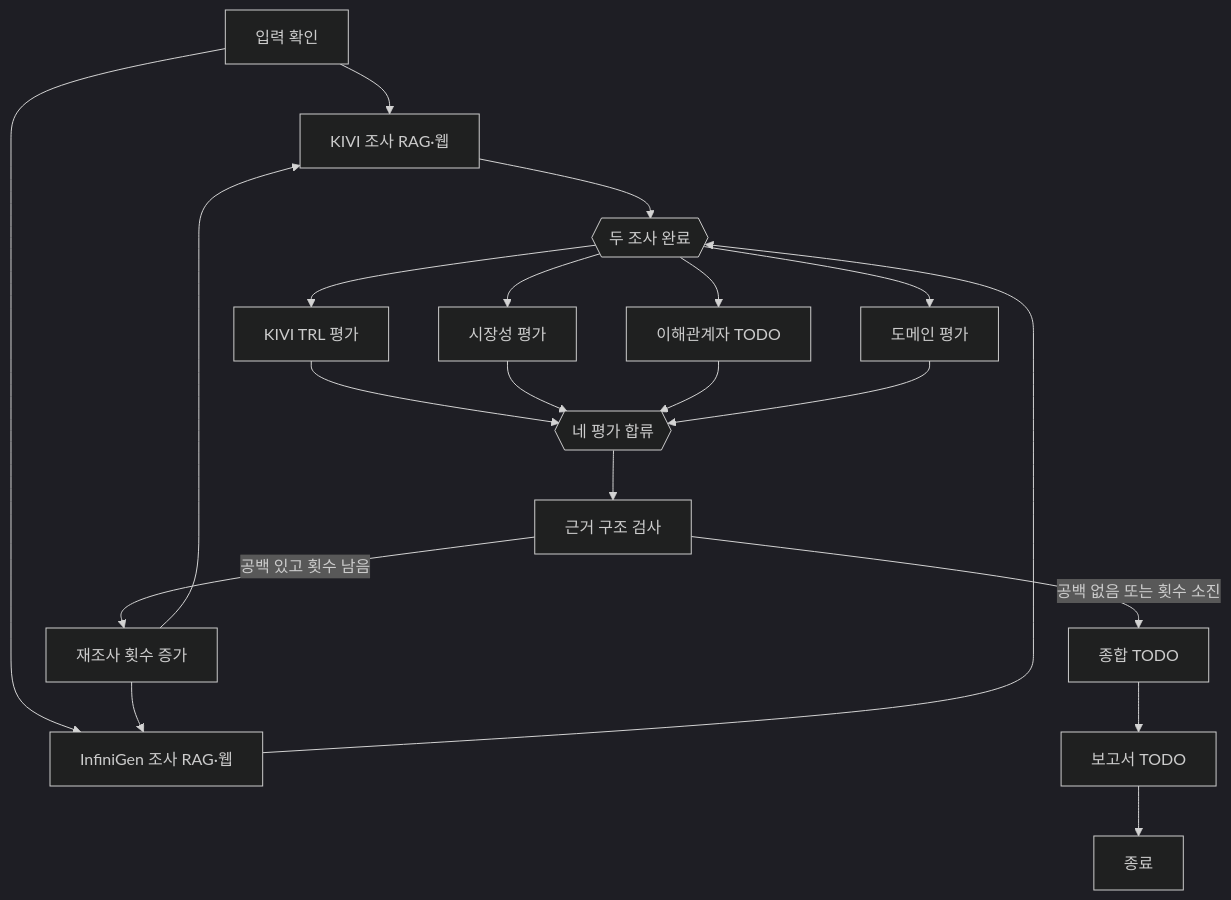
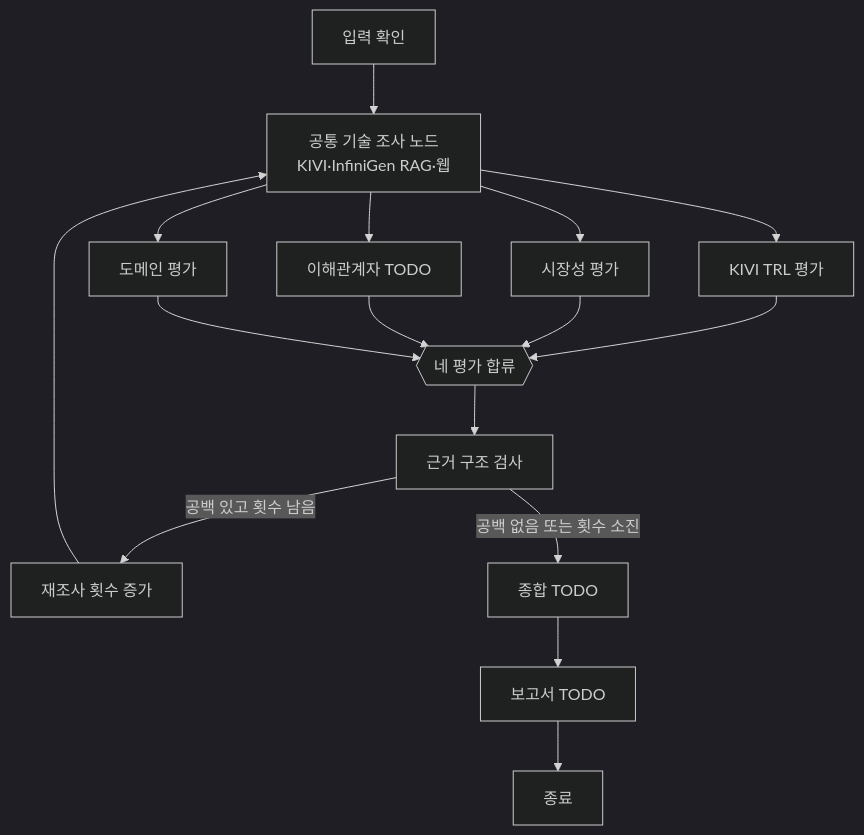
Before and after one commit to bmh7190/SKALA-RAG-KV-cache: the diagram in README.md, drawn with Mermaid (dark theme). The commit also changed other lines of this file and 10 other files, not shown here.

````diff
--- a/README.md
+++ b/README.md
@@ -76,22 +76,18 @@
 ```mermaid
 flowchart TD
-    I[입력 확인] --> K[KIVI 조사 RAG·웹]
-    I --> F[InfiniGen 조사 RAG·웹]
-    K --> J{{두 조사 완료}}
-    F --> J
-    J --> T[KIVI TRL 평가]
-    J --> M[시장성 평가]
-    J --> S[이해관계자 TODO]
-    J --> D[도메인 평가]
+    I[입력 확인] --> R[공통 기술 조사 노드<br/>KIVI·InfiniGen RAG·웹]
+    R --> T[KIVI TRL 평가]
+    R --> M[시장성 평가]
+    R --> S[이해관계자 TODO]
+    R --> D[도메인 평가]
     T --> G{{네 평가 합류}}
     M --> G
     S --> G
     D --> G
     G --> C[근거 구조 검사]
-    C -->|공백 있고 횟수 남음| R[재조사 횟수 증가]
-    R --> K
-    R --> F
+    C -->|공백 있고 횟수 남음| N[재조사 횟수 증가]
+    N --> R
     C -->|공백 없음 또는 횟수 소진| Y[종합 TODO]
     Y --> P[보고서 TODO]
     P --> E[종료]
 ```
````
